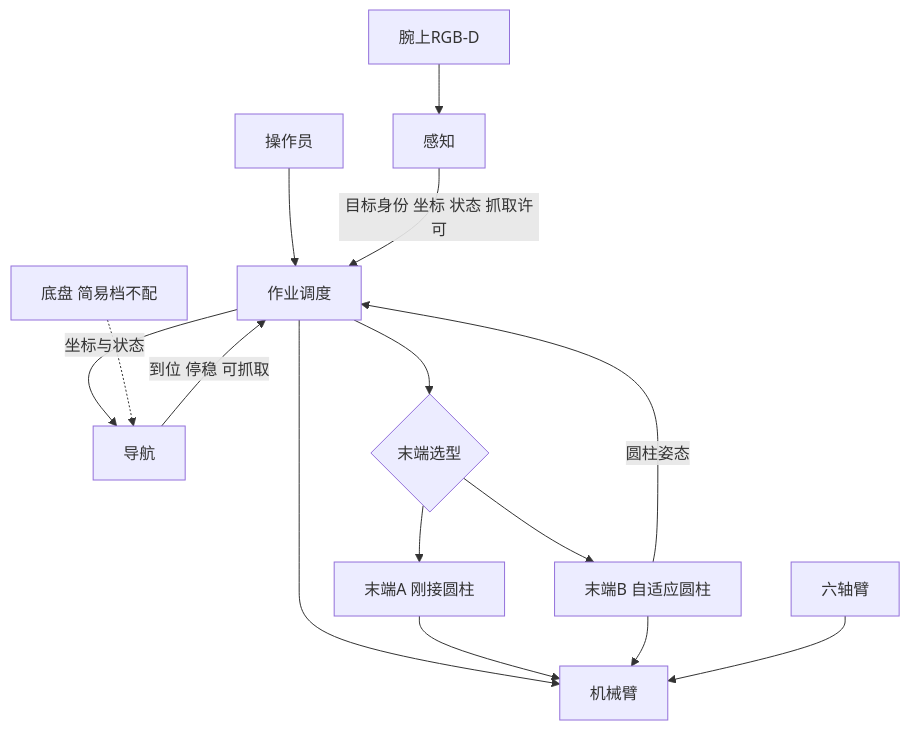
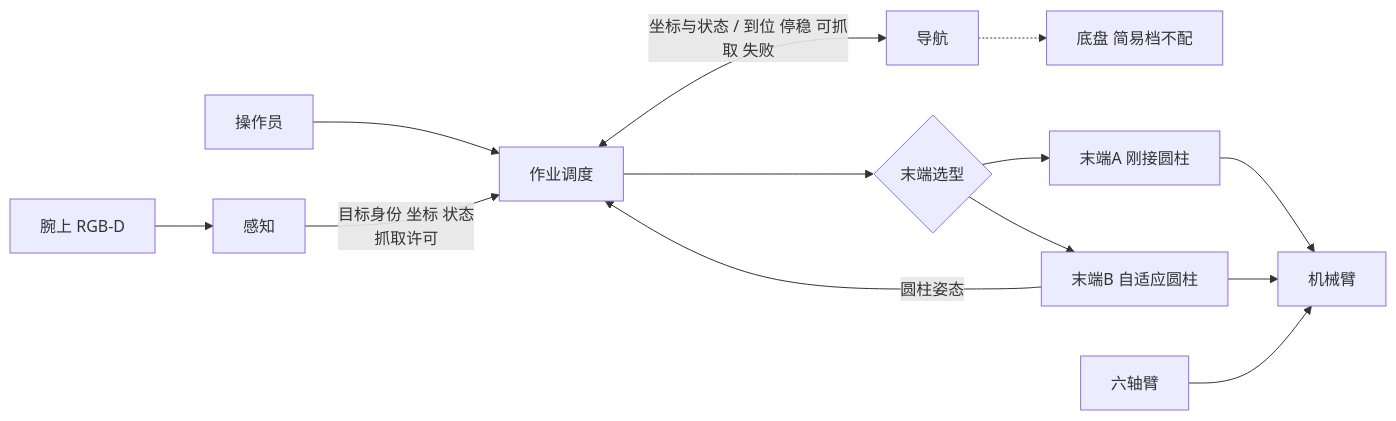
The diagram in plans/感知抓取与自主导航联合项目设计/figures/fig01_总体架构.mmd (MUHAN11-c/aubo_boot), drawn with Mermaid before and after one commit. The commit also changed 189 other files, not shown here.

```diff
--- a/plans/感知抓取与自主导航联合项目设计/figures/fig01_总体架构.mmd
+++ b/plans/感知抓取与自主导航联合项目设计/figures/fig01_总体架构.mmd
@@ -1,15 +1,14 @@
-flowchart TB
+%% 图3-1 系统组成：感知侧 → 指挥侧 → 执行侧
+flowchart LR
+  CAM[腕上 RGB-D] --> PER[感知]
   OP[操作员] --> SCH[作业调度]
-  PER[感知] -->|目标身份 坐标 状态 抓取许可| SCH
-  SCH -->|坐标与状态| NAV[导航]
-  NAV -->|到位 停稳 可抓取| SCH
-  SCH --> ARM[机械臂]
+  PER -->|目标身份 坐标 状态<br/>抓取许可| SCH
+  SCH <-->|坐标与状态 / 到位 停稳 可抓取 失败| NAV[导航]
+  NAV -.-> VEH[底盘 简易档不配]
   SCH --> SEL{末端选型}
   SEL --> TA[末端A 刚接圆柱]
   SEL --> TB[末端B 自适应圆柱]
+  TA --> ARM[机械臂]
+  TB --> ARM
+  E5[六轴臂] --> ARM
   TB -->|圆柱姿态| SCH
-  TA --> ARM
-  TB --> ARM
-  CAM[腕上RGB-D] --> PER
-  E5[六轴臂] --> ARM
-  VEH[底盘 简易档不配] -.-> NAV
```
